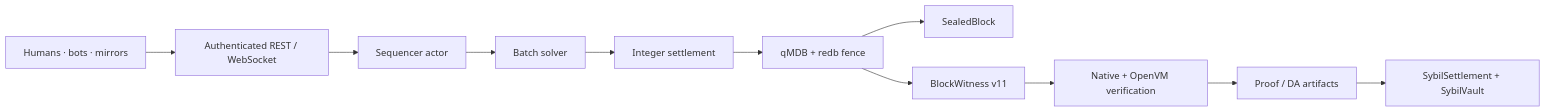
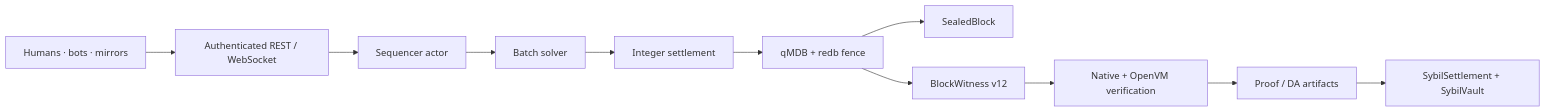
Before and after one commit to MetaB0y/sybil: the first of 2 diagrams in docs/SPEC.md, drawn with Mermaid. The commit also changed other lines of this file and 55 other files, not shown here.

````diff
--- a/docs/SPEC.md
+++ b/docs/SPEC.md
@@ -21,13 +21,13 @@
 ```mermaid
 flowchart LR
     CLIENT["Humans · bots · mirrors"] --> API["Authenticated REST / WebSocket"]
     API --> SEQ["Sequencer actor"]
     SEQ --> SOLVE["Batch solver"]
     SOLVE --> SETTLE["Integer settlement"]
     SETTLE --> STORE["qMDB + redb fence"]
     STORE --> BLOCK["SealedBlock"]
-    STORE --> WIT["BlockWitness v11"]
+    STORE --> WIT["BlockWitness v12"]
     WIT --> VERIFY["Native + OpenVM verification"]
     VERIFY --> PROVER["Proof / DA artifacts"]
     PROVER --> L1["SybilSettlement + SybilVault"]
 ```
````
